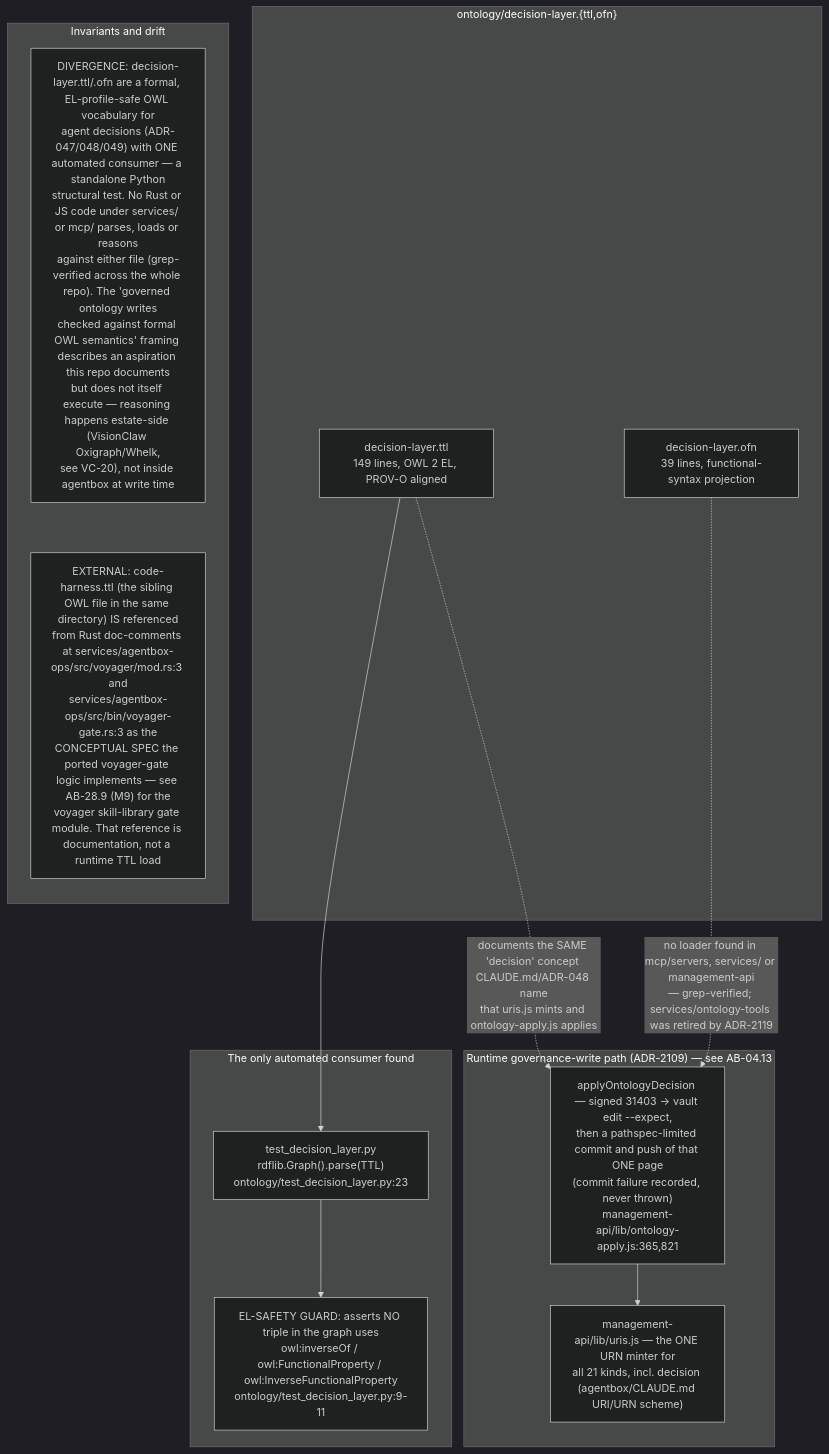
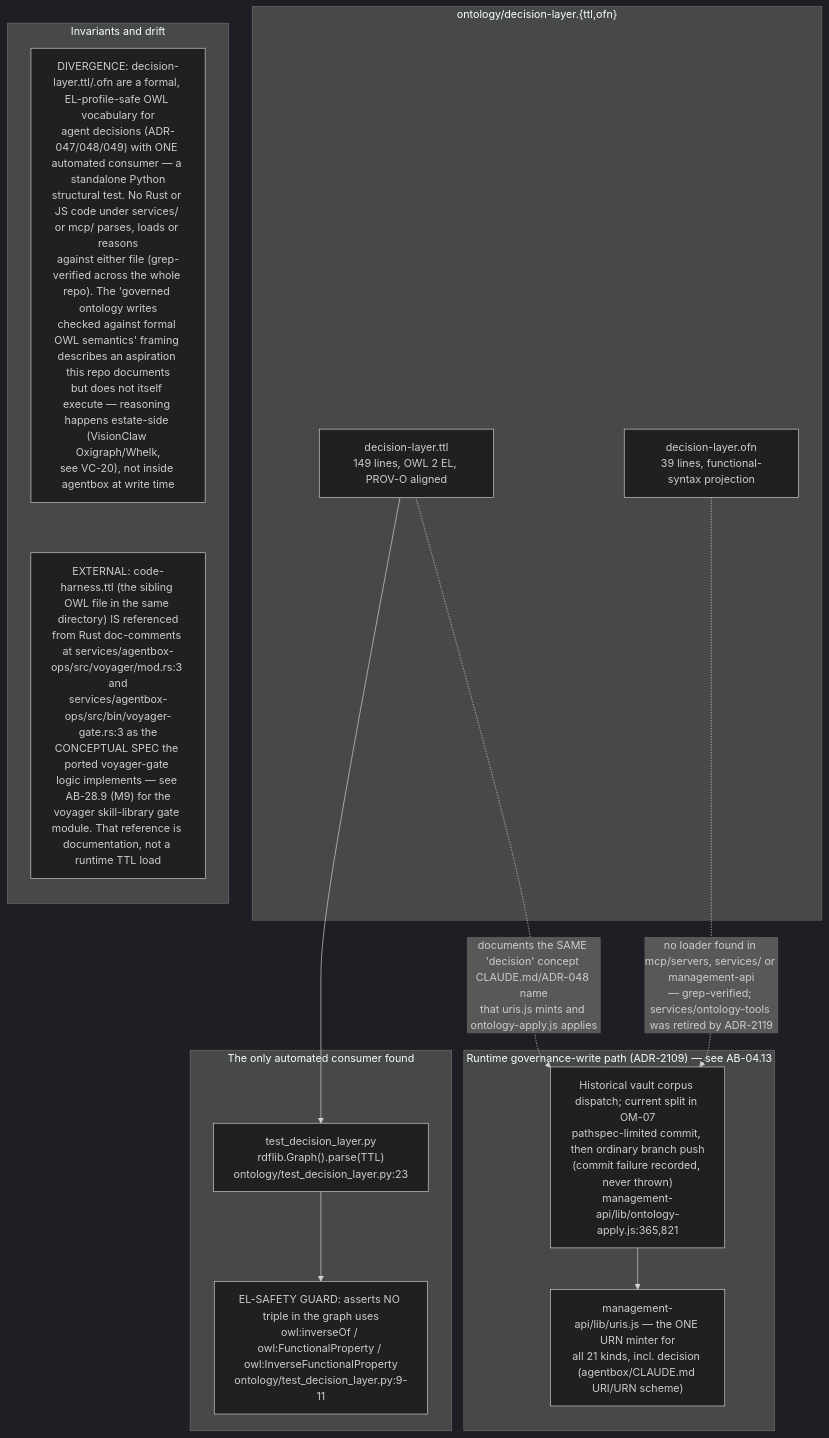
One commit to DreamLab-AI/VisionFlow changed the fifth of 5 diagrams in docs/diagrams/agentbox/25-ontology-tools-and-governed-writes.md. Above: the diagram before and after it, drawn with Mermaid (dark theme). The commit also changed other lines of this file and 16 other files, not shown here.

````diff
--- a/docs/diagrams/agentbox/25-ontology-tools-and-governed-writes.md
+++ b/docs/diagrams/agentbox/25-ontology-tools-and-governed-writes.md
@@ -198,26 +198,26 @@
 ```mermaid
 flowchart TB
     subgraph schema["ontology/decision-layer.{ttl,ofn}"]
         TTL["decision-layer.ttl<br/>149 lines, OWL 2 EL, PROV-O aligned"]
         OFN["decision-layer.ofn<br/>39 lines, functional-syntax projection"]
     end
     subgraph tested["The only automated consumer found"]
         PYTEST["test_decision_layer.py<br/>rdflib.Graph#40;#41;.parse#40;TTL#41;<br/>ontology/test_decision_layer.py:23"]
         ELGUARD["EL-SAFETY GUARD: asserts NO triple in the graph uses<br/>owl:inverseOf / owl:FunctionalProperty / owl:InverseFunctionalProperty<br/>ontology/test_decision_layer.py:9-11"]
     end
     subgraph runtime["Runtime governance-write path (ADR-2109) — see AB-04.13"]
-        APPLY["applyOntologyDecision — signed 31403 → vault edit --expect,<br/>then a pathspec-limited commit and push of that ONE page<br/>(commit failure recorded, never thrown)<br/>management-api/lib/ontology-apply.js:365,821"]
+        APPLY["Historical vault corpus dispatch; current split in OM-07<br/>pathspec-limited commit, then ordinary branch push<br/>(commit failure recorded, never thrown)<br/>management-api/lib/ontology-apply.js:365,821"]
         URIS["management-api/lib/uris.js — the ONE URN minter for<br/>all 21 kinds, incl. decision (agentbox/CLAUDE.md URI/URN scheme)"]
     end
     TTL --> PYTEST
     PYTEST --> ELGUARD
     TTL -.->|"documents the SAME 'decision' concept CLAUDE.md/ADR-048 name<br/>that uris.js mints and ontology-apply.js applies"| APPLY
     OFN -.->|"no loader found in mcp/servers, services/ or management-api<br/>— grep-verified; services/ontology-tools was retired by ADR-2119"| APPLY
     APPLY --> URIS
     subgraph notes["Invariants and drift"]
         direction TB
         N1["DIVERGENCE: decision-layer.ttl/.ofn are a formal, EL-profile-safe OWL vocabulary for<br/>agent decisions (ADR-047/048/049) with ONE automated consumer — a standalone Python<br/>structural test. No Rust or JS code under services/ or mcp/ parses, loads or reasons<br/>against either file (grep-verified across the whole repo). The 'governed ontology writes<br/>checked against formal OWL semantics' framing describes an aspiration this repo documents<br/>but does not itself execute — reasoning happens estate-side (VisionClaw Oxigraph/Whelk,<br/>see VC-20), not inside agentbox at write time"]
         N2["EXTERNAL: code-harness.ttl #40;the sibling OWL file in the same directory#41; IS referenced<br/>from Rust doc-comments at services/agentbox-ops/src/voyager/mod.rs:3 and<br/>services/agentbox-ops/src/bin/voyager-gate.rs:3 as the<br/>CONCEPTUAL SPEC the ported voyager-gate logic implements — see AB-28.9 (M9) for the<br/>voyager skill-library gate module. That reference is documentation, not a runtime TTL load"]
         N1 ~~~ N2
     end
 ```
````
